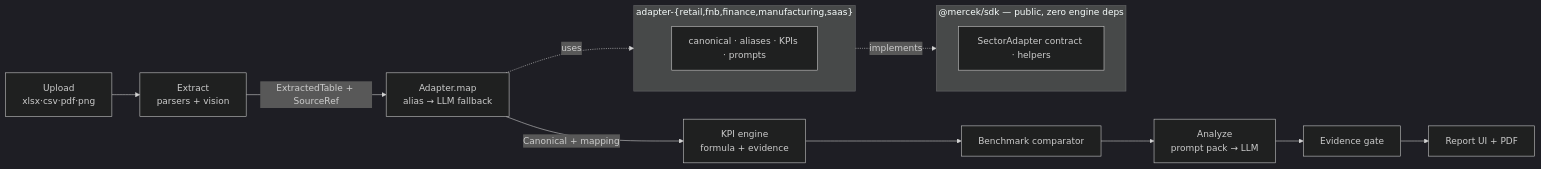
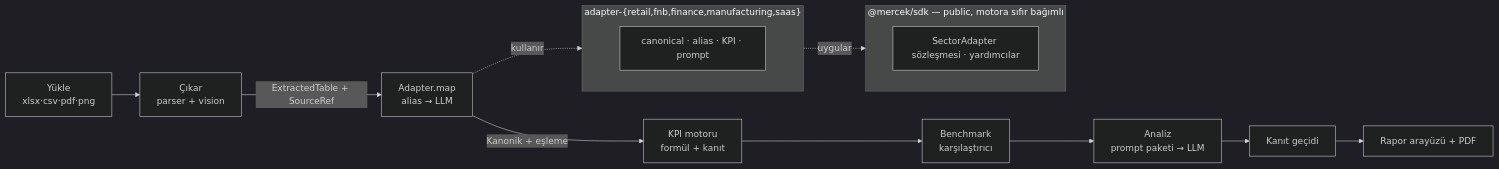
The diagram in README.md (krkmzdev/mercek), drawn with Mermaid (dark theme) before and after one commit. The commit also changed other lines of this file, not shown here.

````diff
--- a/README.md
+++ b/README.md
@@ -41,19 +74,19 @@
 ```mermaid
 flowchart LR
-  U[Upload<br/>xlsx·csv·pdf·png] --> EX[Extract<br/>parsers + vision]
-  EX -->|ExtractedTable + SourceRef| MAP[Adapter.map<br/>alias → LLM fallback]
-  MAP -->|Canonical + mapping| KPI[KPI engine<br/>formula + evidence]
-  KPI --> BM[Benchmark comparator]
-  BM --> AN[Analyze<br/>prompt pack → LLM]
-  AN --> GATE[Evidence gate]
-  GATE --> R[Report UI + PDF]
+  U["Yükle<br/>xlsx·csv·pdf·png"] --> EX["Çıkar<br/>parser + vision"]
+  EX -->|"ExtractedTable + SourceRef"| MAP["Adapter.map<br/>alias → LLM"]
+  MAP -->|"Kanonik + eşleme"| KPI["KPI motoru<br/>formül + kanıt"]
+  KPI --> BM["Benchmark<br/>karşılaştırıcı"]
+  BM --> AN["Analiz<br/>prompt paketi → LLM"]
+  AN --> GATE["Kanıt geçidi"]
+  GATE --> R["Rapor arayüzü + PDF"]
 
-  subgraph sdk["@mercek/sdk — public, zero engine deps"]
-    CONTRACT[SectorAdapter contract · helpers]
+  subgraph sdk["@mercek/sdk — public, motora sıfır bağımlı"]
+    C["SectorAdapter sözleşmesi · yardımcılar"]
   end
   subgraph adapters["adapter-{retail,fnb,finance,manufacturing,saas}"]
-    A[canonical · aliases · KPIs · prompts]
+    A["canonical · alias · KPI · prompt"]
   end
-  adapters -. implements .-> sdk
-  MAP -. uses .-> adapters
+  adapters -. uygular .-> sdk
+  MAP -. kullanır .-> adapters
 ```
````
